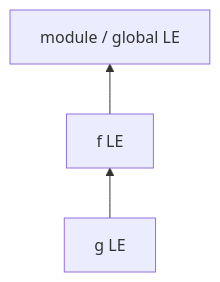
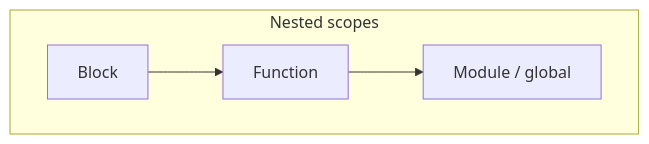
The second of 4 diagrams in docs/javascript/03-scope.md (prajjwaljogdand/FullstackPreparation), drawn with Mermaid before and after one commit. The commit also changed other lines of this file and 91 other files, not shown here.

````diff
--- a/docs/javascript/03-scope.md
+++ b/docs/javascript/03-scope.md
@@ -22,5 +119,9 @@
 ```mermaid
-flowchart BT
-  G["g LE"] --> F["f LE"]
-  F --> M["module / global LE"]
+flowchart TB
+  subgraph scopes ["Nested scopes"]
+    G["Module / global"]
+    F["Function"]
+    B["Block"]
+  end
+  B --> F --> G
 ```
````
